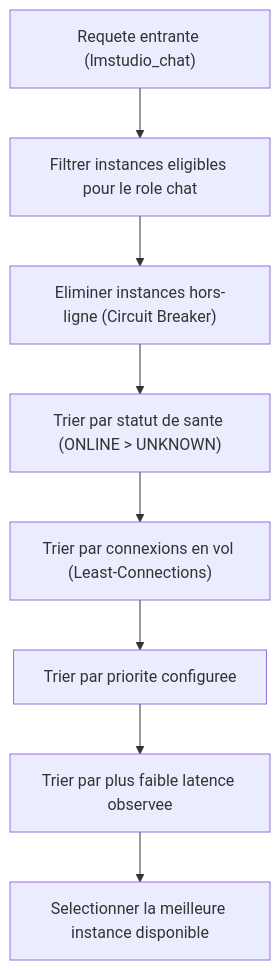
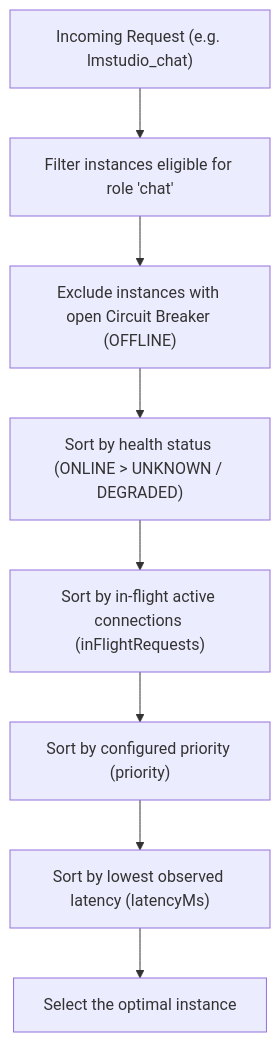
Before and after one commit to Philippe1964/LMStudio_MCP_Connector: the diagram in wiki/Multi-Instance-and-Load-Balancing.md, drawn with Mermaid. The commit also changed other lines of this file and 31 other files, not shown here.

````diff
--- a/wiki/Multi-Instance-and-Load-Balancing.md
+++ b/wiki/Multi-Instance-and-Load-Balancing.md
@@ -33,10 +31,10 @@
 ```mermaid
 flowchart TD
-    A["Requete entrante (lmstudio_chat)"] --> B["Filtrer instances eligibles pour le role chat"]
-    B --> C["Eliminer instances hors-ligne (Circuit Breaker)"]
-    C --> D["Trier par statut de sante (ONLINE > UNKNOWN)"]
-    D --> E["Trier par connexions en vol (Least-Connections)"]
-    E --> F["Trier par priorite configuree"]
-    F --> G["Trier par plus faible latence observee"]
-    G --> H["Selectionner la meilleure instance disponible"]
+    A["Incoming Request (e.g. lmstudio_chat)"] --> B["Filter instances eligible for role 'chat'"]
+    B --> C["Exclude instances with open Circuit Breaker (OFFLINE)"]
+    C --> D["Sort by health status (ONLINE > UNKNOWN / DEGRADED)"]
+    D --> E["Sort by in-flight active connections (inFlightRequests)"]
+    E --> F["Sort by configured priority (priority)"]
+    F --> G["Sort by lowest observed latency (latencyMs)"]
+    G --> H["Select the optimal instance"]
 ```
````
